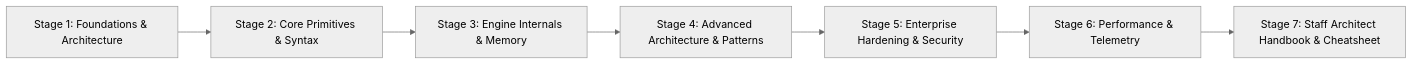
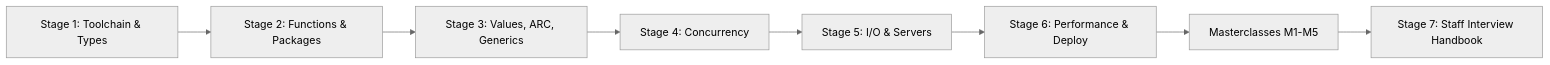
The first of 26 diagrams in README.md (TheLearningHubOrg/learn-swift), drawn with Mermaid (neutral theme) before and after one commit. The commit also changed other lines of this file and 32 other files, not shown here.

````diff
--- a/README.md
+++ b/README.md
@@ -28,9 +29,10 @@
 ```mermaid
 flowchart LR
-    S1["Stage 1: Foundations & Architecture"] --> S2["Stage 2: Core Primitives & Syntax"]
-    S2 --> S3["Stage 3: Engine Internals & Memory"]
-    S3 --> S4["Stage 4: Advanced Architecture & Patterns"]
-    S4 --> S5["Stage 5: Enterprise Hardening & Security"]
-    S5 --> S6["Stage 6: Performance & Telemetry"]
-    S6 --> S7["Stage 7: Staff Architect Handbook & Cheatsheet"]
+    S1["Stage 1: Toolchain & Types"] --> S2["Stage 2: Functions & Packages"]
+    S2 --> S3["Stage 3: Values, ARC, Generics"]
+    S3 --> S4["Stage 4: Concurrency"]
+    S4 --> S5["Stage 5: I/O & Servers"]
+    S5 --> S6["Stage 6: Performance & Deploy"]
+    S6 --> M["Masterclasses M1-M5"]
+    M --> S7["Stage 7: Staff Interview Handbook"]
 ```
````
